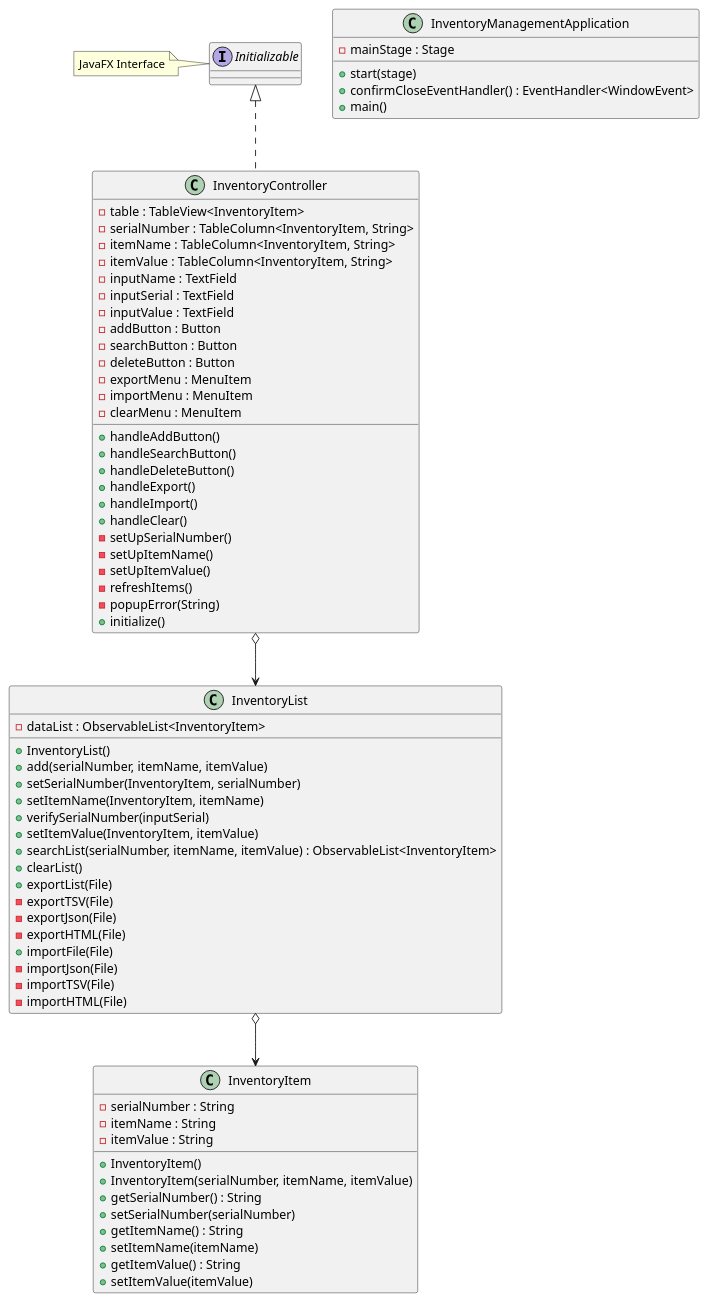
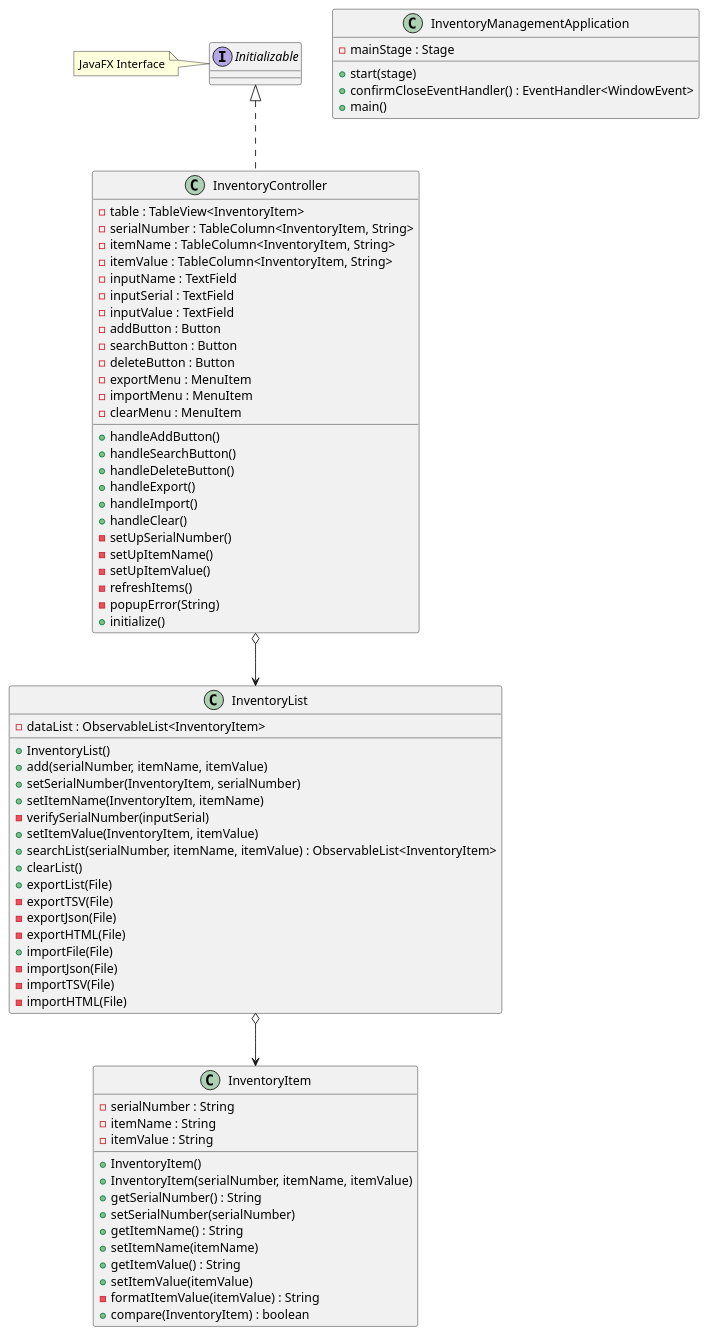
Before and after one commit to jmazor/mazor-app2: the diagram in docs/Inventory.puml, drawn with PlantUML. The commit also changed 11 other files, not shown here.

```diff
--- a/docs/Inventory.puml
+++ b/docs/Inventory.puml
@@ -1,85 +1,87 @@
 @startuml
 'https://plantuml.com/class-diagram
 
 class InventoryManagementApplication {
     -mainStage : Stage
     +start(stage)
     +confirmCloseEventHandler() : EventHandler<WindowEvent>
     +main()
 }
 
 class InventoryController implements Initializable{
     -table : TableView<InventoryItem>
     -serialNumber : TableColumn<InventoryItem, String>
     -itemName : TableColumn<InventoryItem, String>
     -itemValue : TableColumn<InventoryItem, String>
     -inputName : TextField
     -inputSerial : TextField
     -inputValue : TextField
     -addButton : Button
     -searchButton : Button
     -deleteButton : Button
     -exportMenu : MenuItem
     -importMenu : MenuItem
     -clearMenu : MenuItem
 
     +handleAddButton()
     +handleSearchButton()
     +handleDeleteButton()
     +handleExport()
     +handleImport()
     +handleClear()
     -setUpSerialNumber()
     -setUpItemName()
     -setUpItemValue()
     -refreshItems()
     -popupError(String)
     +initialize()
 
 }
 
 Interface Initializable
 note left: JavaFX Interface
 
 class InventoryItem {
     -serialNumber : String
     -itemName : String
     -itemValue : String
 
     +InventoryItem()
     +InventoryItem(serialNumber, itemName, itemValue)
     +getSerialNumber() : String
     +setSerialNumber(serialNumber)
     +getItemName() : String
     +setItemName(itemName)
     +getItemValue() : String
     +setItemValue(itemValue)
+    -formatItemValue(itemValue) : String
+    +compare(InventoryItem) : boolean
 
 
 }
 
 class InventoryList {
     -dataList : ObservableList<InventoryItem>
     +InventoryList()
     +add(serialNumber, itemName, itemValue)
     +setSerialNumber(InventoryItem, serialNumber)
     +setItemName(InventoryItem, itemName)
-    +verifySerialNumber(inputSerial)
+    -verifySerialNumber(inputSerial)
     +setItemValue(InventoryItem, itemValue)
     +searchList(serialNumber, itemName, itemValue) : ObservableList<InventoryItem>
     +clearList()
     +exportList(File)
     -exportTSV(File)
     -exportJson(File)
     -exportHTML(File)
     +importFile(File)
     -importJson(File)
     -importTSV(File)
     -importHTML(File)
 
 }
 
 InventoryList o--> InventoryItem
 InventoryController o--> InventoryList
 
 @enduml
```
